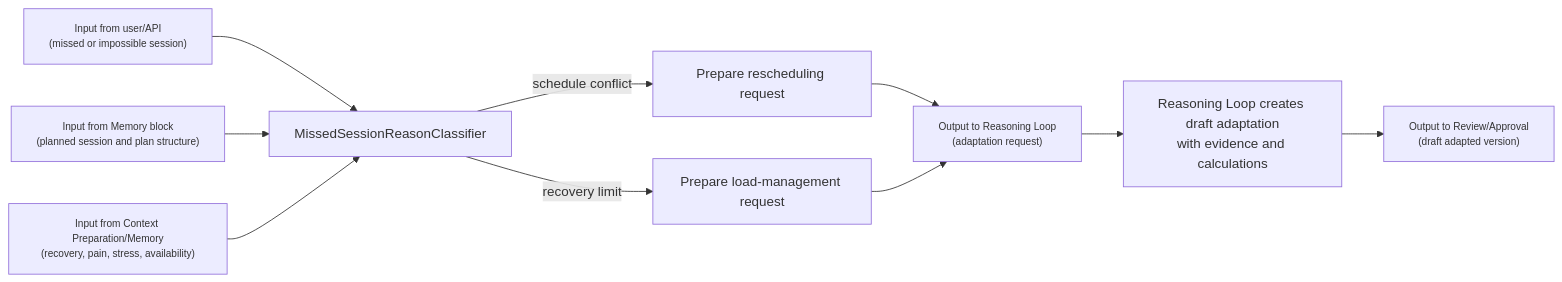
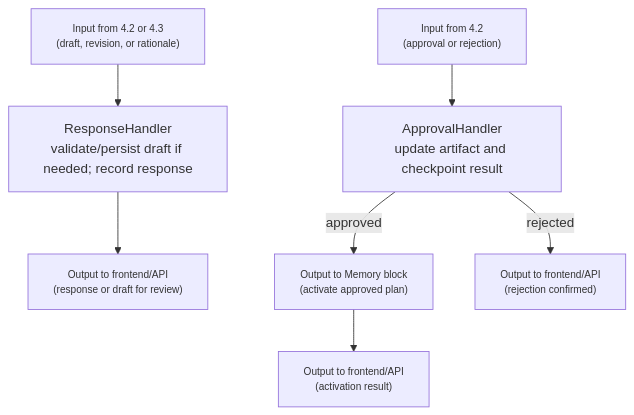
One commit to HanWang575/Agentic_Training_Plan_Generator changed the fifth of 5 diagrams in docs/functions/program_generator.md. Above: the diagram before and after it, drawn with Mermaid. The commit also changed other lines of this file and 2 other files, not shown here.

Commit message:
Refine program generator architecture outline

````diff
--- a/docs/functions/program_generator.md
+++ b/docs/functions/program_generator.md
@@ -318,13 +376,10 @@
 ```mermaid
-flowchart LR
+flowchart TD
     classDef handoff font-size:12px,font-weight:300;
-    MISS["Input from user/API<br/>(missed or impossible session)"]:::handoff --> RC["MissedSessionReasonClassifier"]
-    ACTIVE["Input from Memory block<br/>(planned session and plan structure)"]:::handoff --> RC
-    READY["Input from Context Preparation/Memory<br/>(recovery, pain, stress, availability)"]:::handoff --> RC
-    RC -->|schedule conflict| RESCHED["Prepare rescheduling request"]
-    RC -->|recovery limit| LOAD["Prepare load-management request"]
-    RESCHED --> ADREQ["Output to Reasoning Loop<br/>(adaptation request)"]:::handoff
-    LOAD --> ADREQ
-    ADREQ --> ADPLAN["Reasoning Loop creates draft adaptation<br/>with evidence and calculations"]
-    ADPLAN --> REVIEW["Output to Review/Approval<br/>(draft adapted version)"]:::handoff
+    RESPONSE["Input from 4.2 or 4.3<br/>(draft, revision, or rationale)"]:::handoff --> DELIVER["ResponseHandler<br/>validate/persist draft if needed; record response"]
+    DELIVER --> USER["Output to frontend/API<br/>(response or draft for review)"]:::handoff
+    DECISION["Input from 4.2<br/>(approval or rejection)"]:::handoff --> APPROVE["ApprovalHandler<br/>update artifact and checkpoint result"]
+    APPROVE -->|approved| ACTIVE["Output to Memory block<br/>(activate approved plan)"]:::handoff
+    APPROVE -->|rejected| RESULT["Output to frontend/API<br/>(rejection confirmed)"]:::handoff
+    ACTIVE --> RESULT2["Output to frontend/API<br/>(activation result)"]:::handoff
 ```
````
